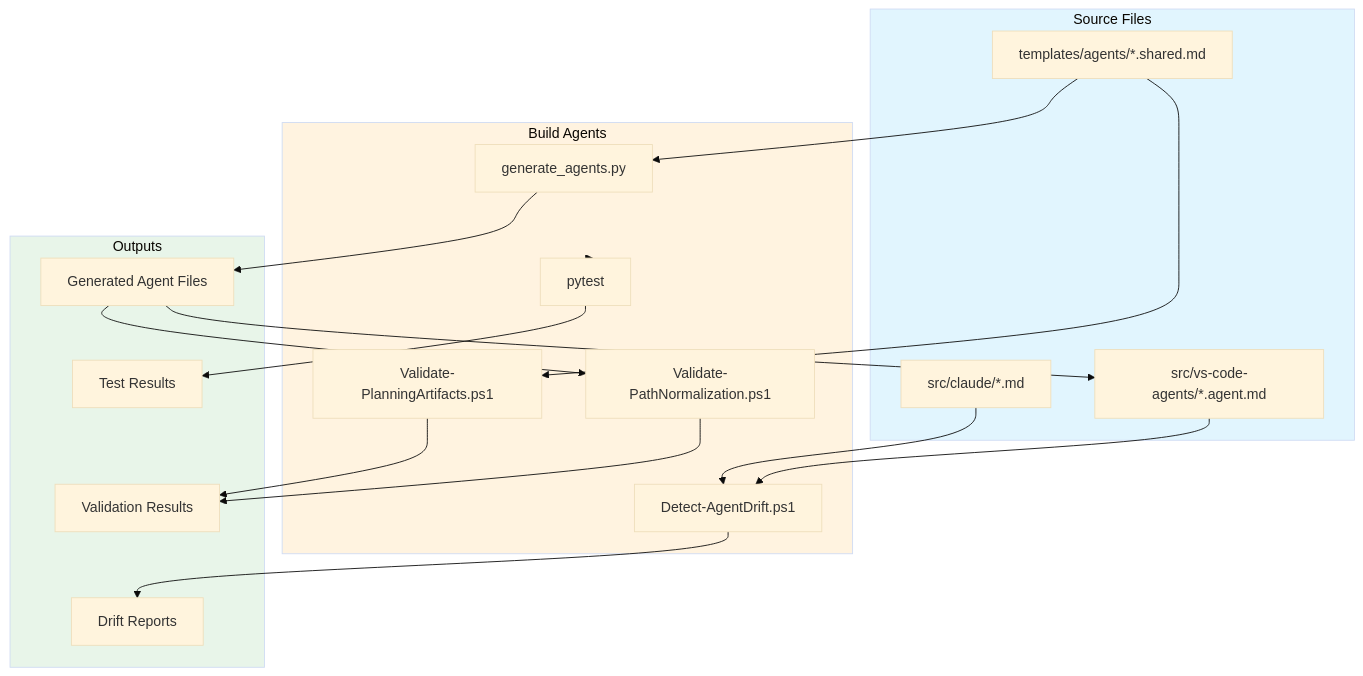
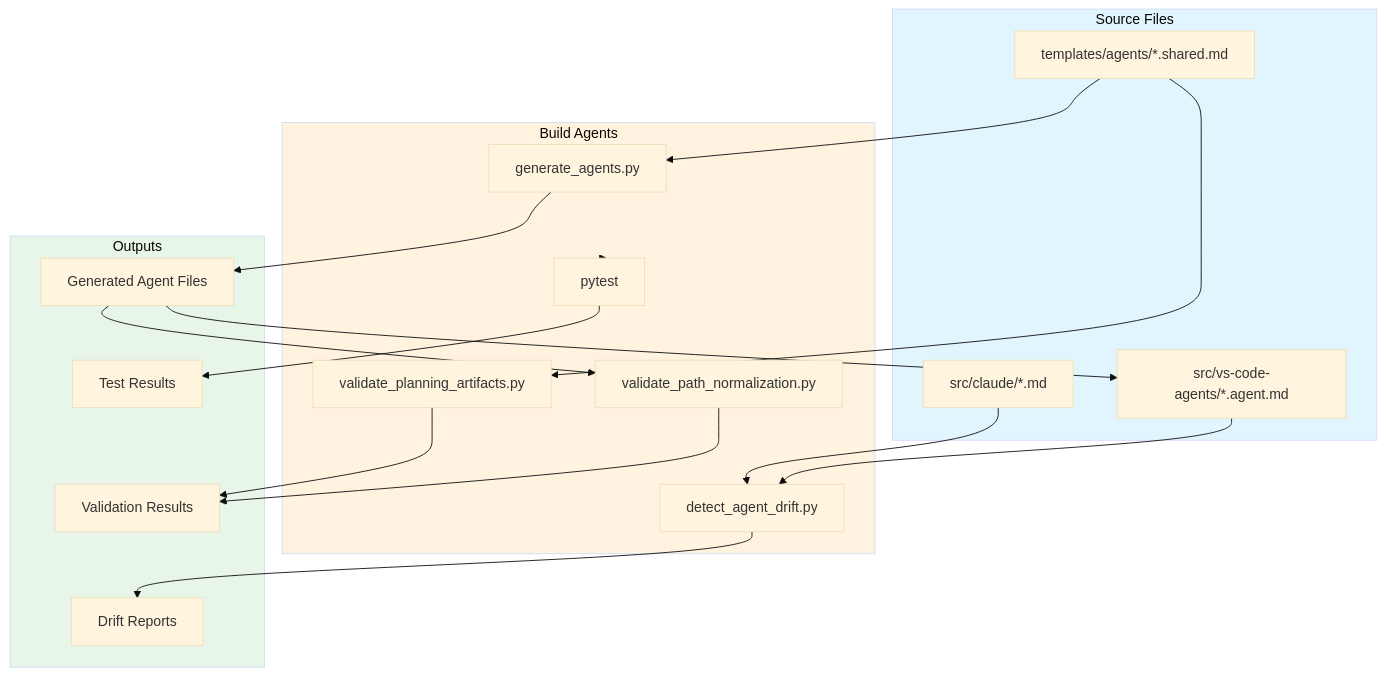
Before and after one commit to rjmurillo/ai-agents: the first of 2 diagrams in build/AGENTS.md, drawn with Mermaid (base theme). The commit also changed other lines of this file and 7 other files, not shown here.

````diff
--- a/build/AGENTS.md
+++ b/build/AGENTS.md
@@ -11,44 +11,44 @@
 ```mermaid
 flowchart TD
     subgraph Sources["Source Files"]
         T[templates/agents/*.shared.md]
         C[src/claude/*.md]
         V[src/vs-code-agents/*.agent.md]
     end
 
     subgraph Build["Build Agents"]
         GEN[generate_agents.py]
-        DFT[Detect-AgentDrift.ps1]
-        VPA[Validate-PlanningArtifacts.ps1]
-        VPN[Validate-PathNormalization.ps1]
+        DFT[detect_agent_drift.py]
+        VPA[validate_planning_artifacts.py]
+        VPN[validate_path_normalization.py]
         IPT[pytest]
     end
 
     subgraph Outputs["Outputs"]
         OUT[Generated Agent Files]
         REP[Drift Reports]
         VAL[Validation Results]
         TST[Test Results]
     end
 
     T --> GEN
     GEN --> OUT
     OUT --> V
 
     C --> DFT
     V --> DFT
     DFT --> REP
 
     T --> VPA
     VPA --> VAL
 
     OUT --> VPN
     VPN --> VAL
 
     Build --> IPT
     IPT --> TST
 
     style Sources fill:#e1f5fe
     style Build fill:#fff3e0
     style Outputs fill:#e8f5e9
 ```
````
